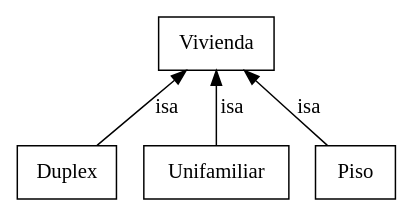
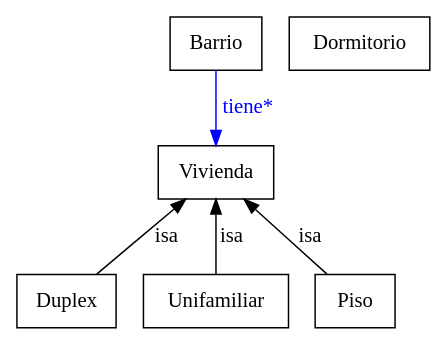
One commit to mbdavid2/Practica-IA2 changed the diagram in Ontologia.dot. Above: the diagram before and after it, drawn with Graphviz. The commit also changed 13 other files, not shown here.

```diff
--- a/Ontologia.dot
+++ b/Ontologia.dot
@@ -1,50 +1,70 @@
 digraph Ontologia {
-	graph [bb="0,0,224,123"];
+	graph [bb="0,0,236,210"];
 	node [label="\N"];
 	Duplex	 [color="0.0,0.0,0.0",
 		fontcolor="0.0,0.0,0.0",
 		height=0.5,
 		label=Duplex,
 		pos="28,18",
 		shape=box,
 		width=0.77778];
 	Vivienda	 [color="0.0,0.0,0.0",
 		fontcolor="0.0,0.0,0.0",
 		height=0.5,
 		label=Vivienda,
 		pos="113,105",
 		shape=box,
 		width=0.90278];
 	Vivienda -> Duplex	 [color="0.0,0.0,0.0",
 		dir=back,
 		fontcolor="0.0,0.0,0.0",
 		label=isa,
 		lp="84,61.5",
 		pos="s,95.799,86.799 88.467,79.467 74.603,65.603 57.612,48.612 45.175,36.175"];
 	Unifamiliar	 [color="0.0,0.0,0.0",
 		fontcolor="0.0,0.0,0.0",
 		height=0.5,
 		label=Unifamiliar,
 		pos="113,18",
 		shape=box,
 		width=1.0694];
 	Vivienda -> Unifamiliar	 [color="0.0,0.0,0.0",
 		dir=back,
 		fontcolor="0.0,0.0,0.0",
 		label=isa,
 		lp="121,61.5",
 		pos="s,113,86.799 113,76.734 113,63.419 113,47.806 113,36.175"];
 	Piso	 [color="0.0,0.0,0.0",
 		fontcolor="0.0,0.0,0.0",
 		height=0.5,
 		label=Piso,
 		pos="197,18",
 		shape=box,
 		width=0.75];
 	Vivienda -> Piso	 [color="0.0,0.0,0.0",
 		dir=back,
 		fontcolor="0.0,0.0,0.0",
 		label=isa,
 		lp="169,61.5",
 		pos="s,130,86.799 137.24,79.467 150.95,65.603 167.74,48.612 180.03,36.175"];
+	Dormitorio	 [color="0.0,0.0,0.0",
+		fontcolor="0.0,0.0,0.0",
+		height=0.5,
+		label=Dormitorio,
+		pos="197,192",
+		shape=box,
+		width=1.0833];
+	Barrio	 [color="0.0,0.0,0.0",
+		fontcolor="0.0,0.0,0.0",
+		height=0.5,
+		label=Barrio,
+		pos="113,192",
+		shape=box,
+		width=0.75];
+	Barrio -> Vivienda	 [color="0.6666667,1.0,1.0",
+		fontcolor="0.6666667,1.0,1.0",
+		label="tiene*",
+		lp="129.5,148.5",
+		pos="e,113,123.18 113,173.8 113,162.16 113,146.55 113,133.24",
+		style=filled];
 }
```
